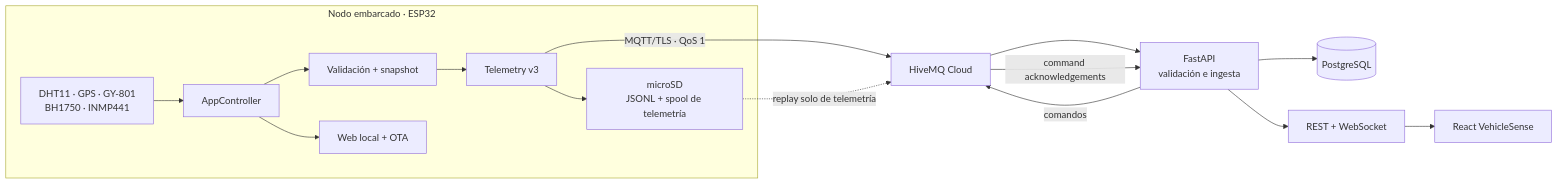
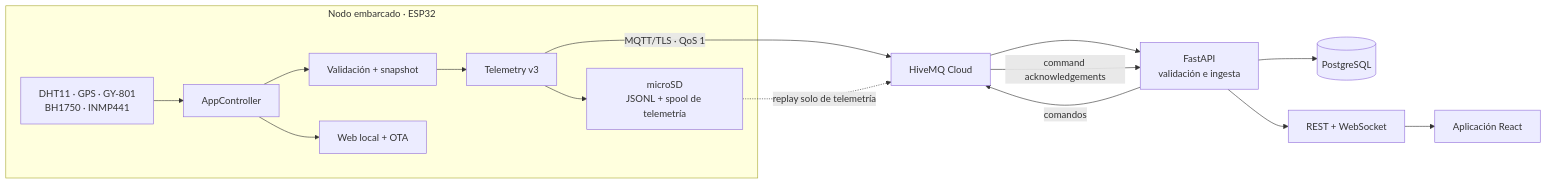
One commit to PatricioV1207/Multisensory-Device changed the diagram in README.md. Above: the diagram before and after it, drawn with Mermaid. The commit also changed other lines of this file and 63 other files, not shown here.

````diff
--- a/README.md
+++ b/README.md
@@ -96,19 +96,19 @@
 ```mermaid
 flowchart LR
     subgraph VEH["Nodo embarcado · ESP32"]
         SENS["DHT11 · GPS · GY-801<br/>BH1750 · INMP441"] --> APP["AppController"]
         APP --> VALID["Validación + snapshot"]
         VALID --> JSON["Telemetry v3"]
         JSON --> SD["microSD<br/>JSONL + spool de telemetría"]
         APP --> LOCAL["Web local + OTA"]
     end
 
     JSON -->|"MQTT/TLS · QoS 1"| BROKER["HiveMQ Cloud"]
     SD -.->|"replay solo de telemetría"| BROKER
     BROKER --> API["FastAPI<br/>validación e ingesta"]
     API --> DB[("PostgreSQL")]
     API --> LIVE["REST + WebSocket"]
-    LIVE --> WEB["React VehicleSense"]
+    LIVE --> WEB["Aplicación React"]
     API -->|"comandos"| BROKER
     BROKER -->|"command acknowledgements"| API
 ```
````
